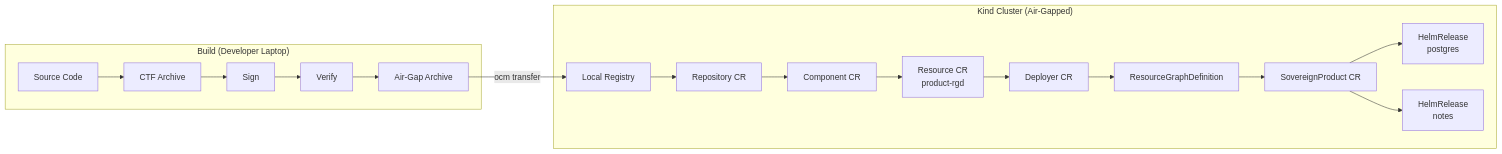
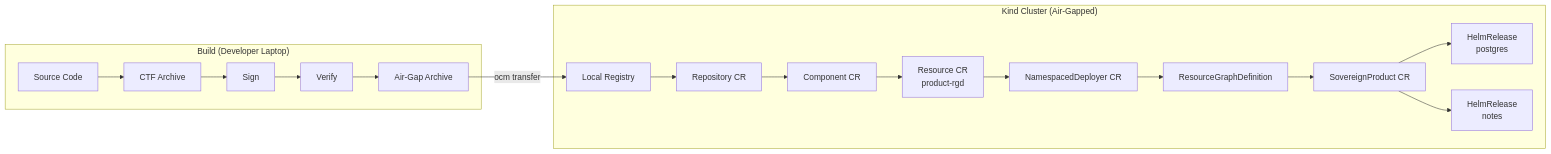
The first of 4 diagrams in docs/adr/0015_sovereign_cloud_reference_scenario.md (open-component-model/open-component-model), drawn with Mermaid before and after one commit. The commit also changed other lines of this file and 7 other files, not shown here.

First line of the commit message:
chore(conformance): bump kro to 0.9.4 and deploy via NamespacedDeployer

````diff
--- a/docs/adr/0015_sovereign_cloud_reference_scenario.md
+++ b/docs/adr/0015_sovereign_cloud_reference_scenario.md
@@ -114,23 +114,23 @@
 ```mermaid
 flowchart LR
     subgraph Build ["Build (Developer Laptop)"]
         SRC[Source Code] --> CTF[CTF Archive]
         CTF --> SIGN[Sign]
         SIGN --> VERIFY[Verify]
         VERIFY --> AIRGAP[Air-Gap Archive]
     end
 
     subgraph Cluster ["Kind Cluster (Air-Gapped)"]
         REG[Local Registry]
         REPO[Repository CR] --> COMP[Component CR]
         COMP --> RES_RGD[Resource CR<br/>product-rgd]
-        RES_RGD --> DEPLOYER[Deployer CR]
+        RES_RGD --> DEPLOYER[NamespacedDeployer CR]
         DEPLOYER --> RGD[ResourceGraphDefinition]
         RGD --> INSTANCE[SovereignProduct CR]
         INSTANCE --> PG_HR[HelmRelease<br/>postgres]
         INSTANCE --> NOTES_HR[HelmRelease<br/>notes]
     end
 
     AIRGAP -->|"ocm transfer"| REG
     REG --> REPO
 ```
````
